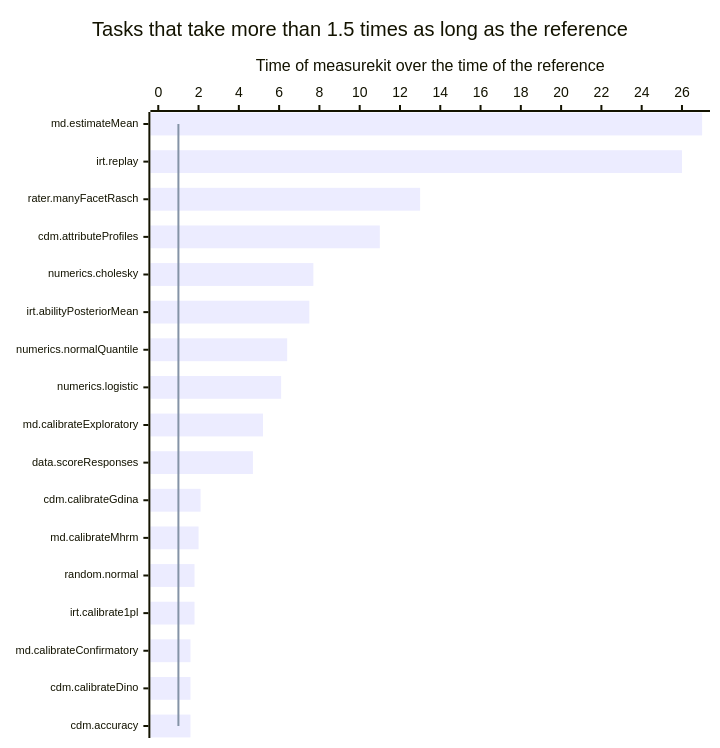
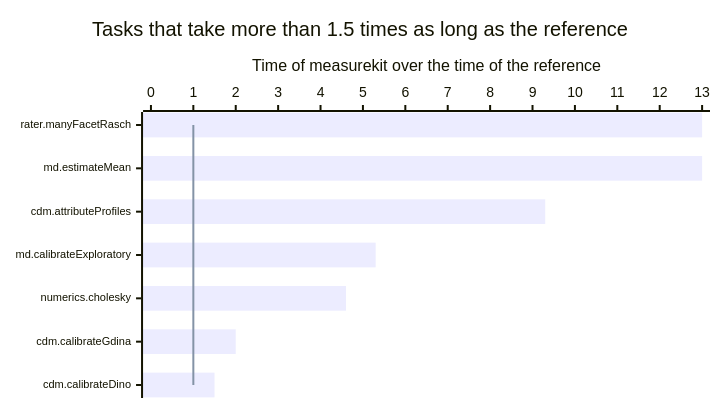
The first of 11 diagrams in docs/performance.md (measurekit/measurekit), drawn with Mermaid before and after one commit. The commit also changed other lines of this file and 5 other files, not shown here.

First line of the commit message:
Time the replay against every prefix of mirt's scoring, tighten the budgets and refresh the benchmark tables

````diff
--- a/docs/performance.md
+++ b/docs/performance.md
@@ -9,9 +9,9 @@
 ```mermaid
-%%{init: {"xyChart": {"height": 728, "xAxis": {"labelFontSize": 11}}}}%%
+%%{init: {"xyChart": {"height": 388, "xAxis": {"labelFontSize": 11}}}}%%
 xychart-beta horizontal
   title "Tasks that take more than 1.5 times as long as the reference"
-  x-axis ["md.estimateMean", "irt.replay", "rater.manyFacetRasch", "cdm.attributeProfiles", "numerics.cholesky", "irt.abilityPosteriorMean", "numerics.normalQuantile", "numerics.logistic", "md.calibrateExploratory", "data.scoreResponses", "cdm.calibrateGdina", "md.calibrateMhrm", "random.normal", "irt.calibrate1pl", "md.calibrateConfirmatory", "cdm.calibrateDino", "cdm.accuracy"]
-  y-axis "Time of measurekit over the time of the reference" 0 --> 27
-  bar [27, 26, 13, 11, 7.7, 7.5, 6.4, 6.1, 5.2, 4.7, 2.1, 2, 1.8, 1.8, 1.6, 1.6, 1.6]
-  line [1, 1, 1, 1, 1, 1, 1, 1, 1, 1, 1, 1, 1, 1, 1, 1, 1]
+  x-axis ["rater.manyFacetRasch", "md.estimateMean", "cdm.attributeProfiles", "md.calibrateExploratory", "numerics.cholesky", "cdm.calibrateGdina", "cdm.calibrateDino"]
+  y-axis "Time of measurekit over the time of the reference" 0 --> 13
+  bar [13, 13, 9.3, 5.3, 4.6, 2, 1.5]
+  line [1, 1, 1, 1, 1, 1, 1]
 ```
````
